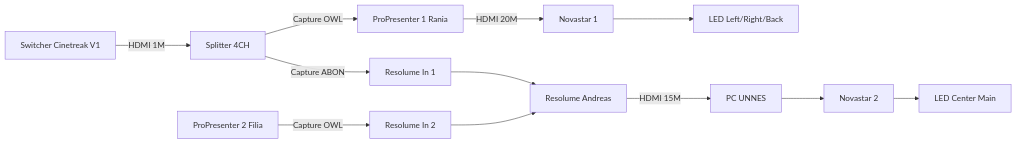
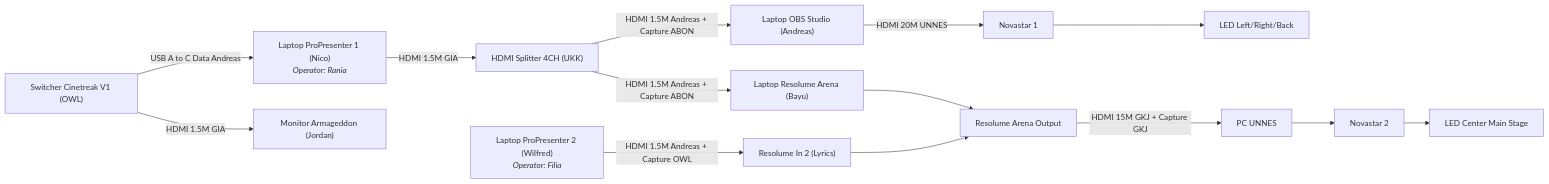
One commit to zzdree/ip26-production changed the fifth of 8 diagrams in README.md. Above: the diagram before and after it, drawn with Mermaid. The commit also changed other lines of this file and 9 other files, not shown here.

First line of the commit message:
feat: synchronize master architecture, camera routing, and 18-lender inventory (158 items)

````diff
--- a/README.md
+++ b/README.md
@@ -241,13 +227,16 @@
 ```mermaid
 flowchart LR
-    SW_OUT["Switcher Cinetreak V1"] -->|HDMI 1M| SPL4["Splitter 4CH"]
+    SW_OUT["Switcher Cinetreak V1 (OWL)"] -->|USB A to C Data Andreas| P1_LAP["Laptop ProPresenter 1 (Nico)<br/><i>Operator: Rania</i>"]
+    SW_OUT -->|HDMI 1.5M GIA| MON_SW["Monitor Armageddon (Jordan)"]
     
-    SPL4 -->|Capture OWL| P1_IN["ProPresenter 1 Rania"]
-    SPL4 -->|Capture ABON| RES_IN1["Resolume In 1"]
-    P2_OUT["ProPresenter 2 Filia"] -->|Capture OWL| RES_IN2["Resolume In 2"]
-
-    P1_IN -->|HDMI 20M| NOV1["Novastar 1"] --> LED_SIDE["LED Left/Right/Back"]
-    RES_IN1 --> RES_OUT["Resolume Andreas"]
-    RES_IN2 --> RES_OUT
-    RES_OUT -->|HDMI 15M| PC_UN["PC UNNES"] --> NOV2["Novastar 2"] --> LED_MID["LED Center Main"]
+    P1_LAP -->|HDMI 1.5M GIA| SPL4["HDMI Splitter 4CH (UKK)"]
+    
+    SPL4 -->|HDMI 1.5M Andreas + Capture ABON| OBS_IN["Laptop OBS Studio (Andreas)"]
+    SPL4 -->|HDMI 1.5M Andreas + Capture ABON| RES_IN1["Laptop Resolume Arena (Bayu)"]
+    
+    P2_LAP["Laptop ProPresenter 2 (Wilfred)<br/><i>Operator: Filia</i>"] -->|HDMI 1.5M Andreas + Capture OWL| RES_IN2["Resolume In 2 (Lyrics)"]
+    
+    OBS_IN -->|HDMI 20M UNNES| NOV1["Novastar 1"] --> LED_SIDE["LED Left/Right/Back"]
+    RES_IN1 & RES_IN2 --> RES_OUT["Resolume Arena Output"]
+    RES_OUT -->|HDMI 15M GKJ + Capture GKJ| PC_UN["PC UNNES"] --> NOV2["Novastar 2"] --> LED_MID["LED Center Main Stage"]
 ```
````
